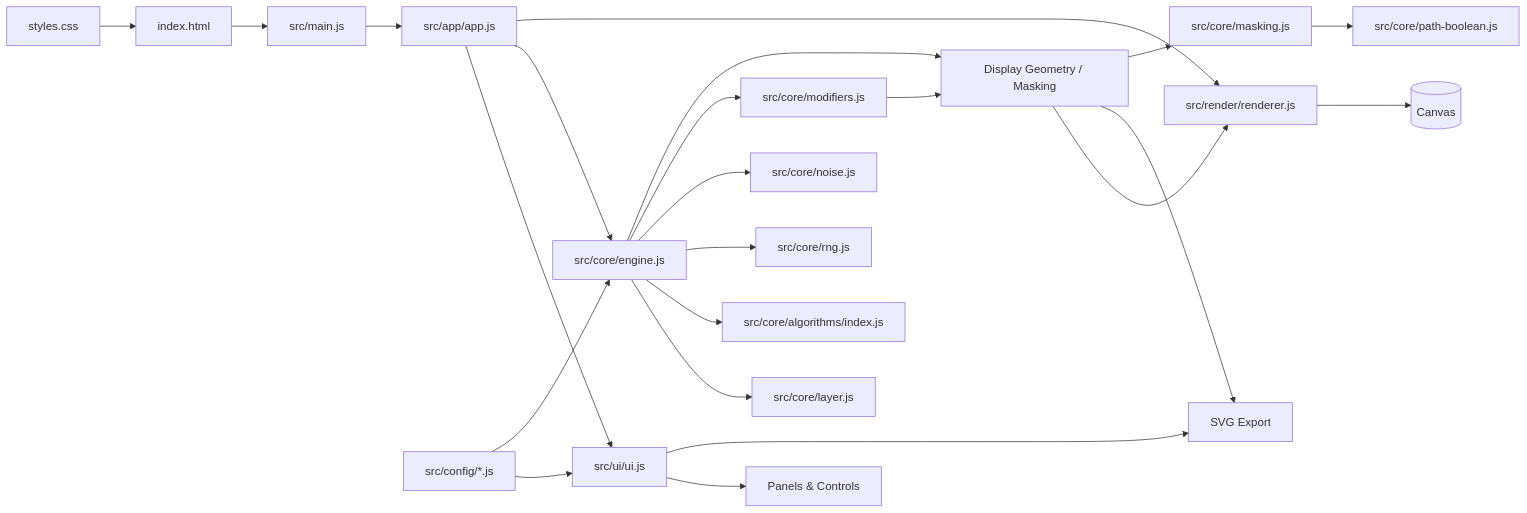
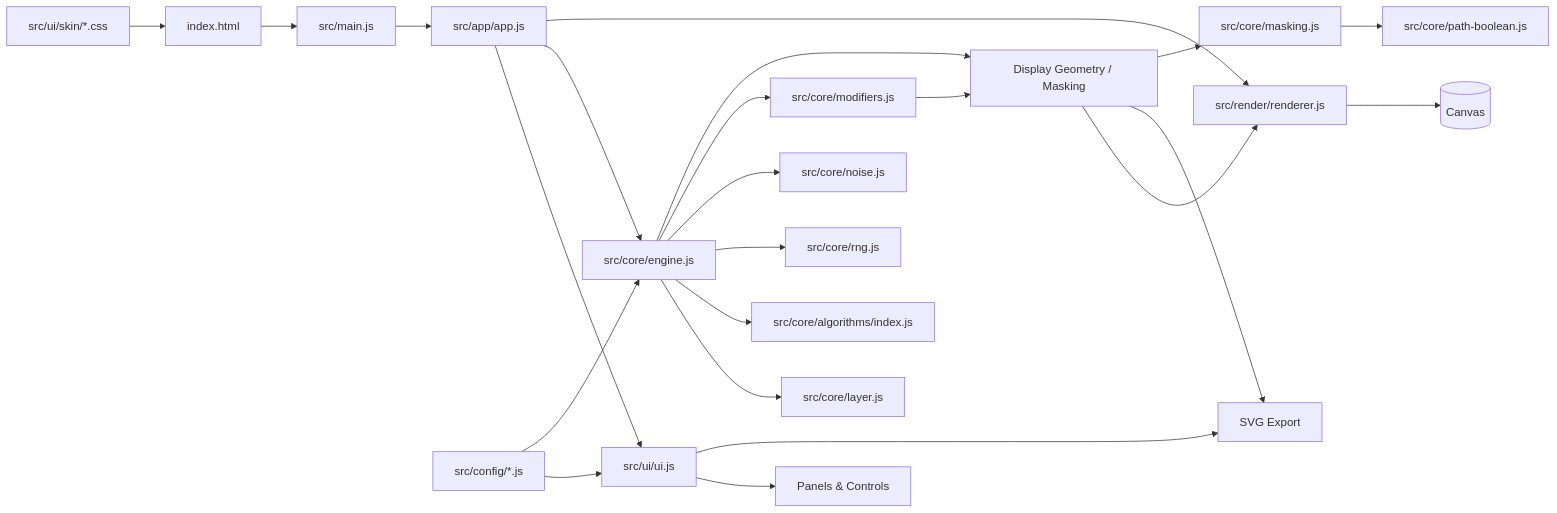
The first of 2 diagrams in README.md (j-phi/vectura-studio), drawn with Mermaid before and after one commit. The commit also changed other lines of this file and 9 other files, not shown here.

````diff
--- a/README.md
+++ b/README.md
@@ -418,29 +422,29 @@
 ```mermaid
 flowchart LR
   HTML[index.html] --> Main[src/main.js]
   Main --> App[src/app/app.js]
 
   App --> UI[src/ui/ui.js]
   App --> Engine[src/core/engine.js]
   App --> Renderer[src/render/renderer.js]
 
   UI --> Controls[Panels & Controls]
   UI --> Export[SVG Export]
   Renderer --> Canvas[(Canvas)]
 
   Engine --> Layer[src/core/layer.js]
   Engine --> Algorithms[src/core/algorithms/index.js]
   Engine --> RNG[src/core/rng.js]
   Engine --> Noise[src/core/noise.js]
   Engine --> Modifiers["src/core/modifiers.js"]
   Engine --> Display["Display Geometry / Masking"]
   Modifiers --> Display
   Display --> Renderer
   Display --> Export
   Display --> Masking["src/core/masking.js"]
   Masking --> Boolean["src/core/path-boolean.js"]
 
   Config[src/config/*.js] --> UI
   Config --> Engine
-  Styles[styles.css] --> HTML
+  Skin[src/ui/skin/*.css] --> HTML
 ```
````
